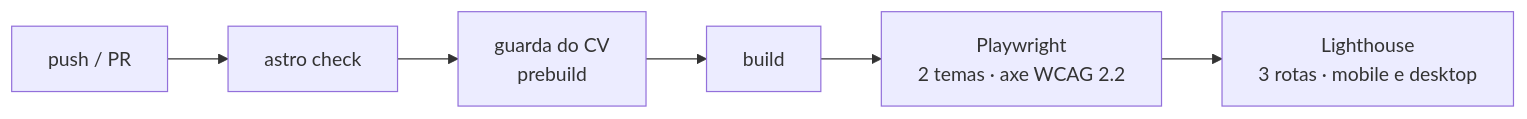
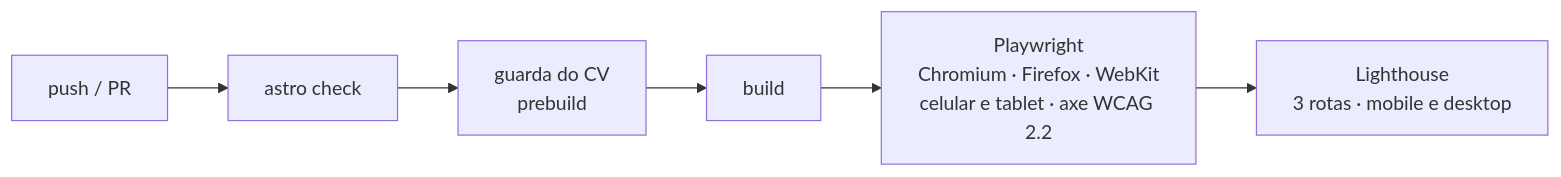
The second of 2 diagrams in README.md (Rafa-Shafie/portfolio), drawn with Mermaid before and after one commit. The commit also changed other lines of this file and 11 other files, not shown here.

First line of the commit message:
test(e2e): run the suite on Chromium, Firefox and WebKit plus touch devices

````diff
--- a/README.md
+++ b/README.md
@@ -76,8 +76,8 @@
 ```mermaid
 flowchart LR
   P[push / PR] --> K[astro check]
   K --> G[guarda do CV<br/>prebuild]
   G --> B[build]
-  B --> E[Playwright<br/>2 temas · axe WCAG 2.2]
+  B --> E[Playwright<br/>Chromium · Firefox · WebKit<br/>celular e tablet · axe WCAG 2.2]
   E --> L[Lighthouse<br/>3 rotas · mobile e desktop]
 ```
````
